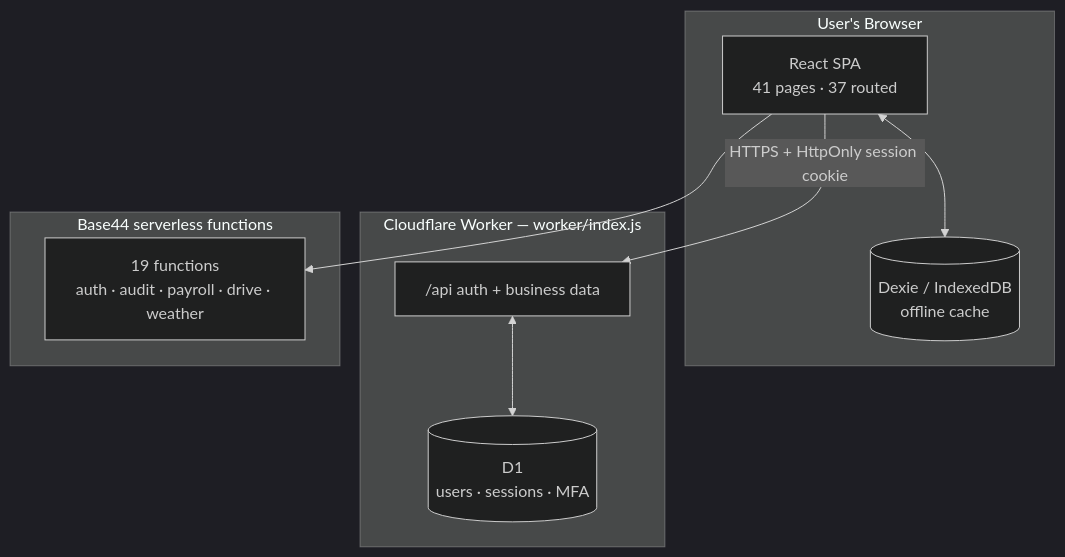
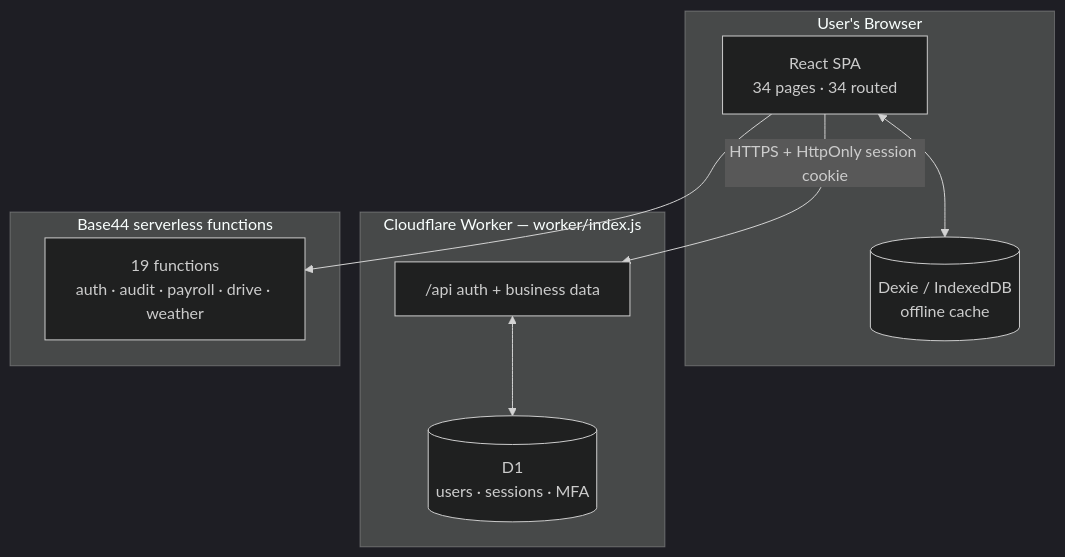
Before and after one commit to divyesh01/boston_project: the diagram in README.md, drawn with Mermaid (dark theme). The commit also changed other lines of this file, not shown here.

````diff
--- a/README.md
+++ b/README.md
@@ -232,18 +239,18 @@
 ```mermaid
 graph TD
     subgraph Browser["User's Browser"]
-        UI["React SPA<br/>41 pages · 37 routed"]
+        UI["React SPA<br/>34 pages · 34 routed"]
         DB_Local[("Dexie / IndexedDB<br/>offline cache")]
         UI <--> DB_Local
     end
     subgraph Worker["Cloudflare Worker — worker/index.js"]
         API["/api auth + business data"]
         DB_Auth[("D1<br/>users · sessions · MFA")]
         API <--> DB_Auth
     end
     subgraph B44["Base44 serverless functions"]
         FN["19 functions<br/>auth · audit · payroll · drive · weather"]
     end
     UI -->|"HTTPS + HttpOnly session cookie"| API
     UI --> FN
 ```
````
